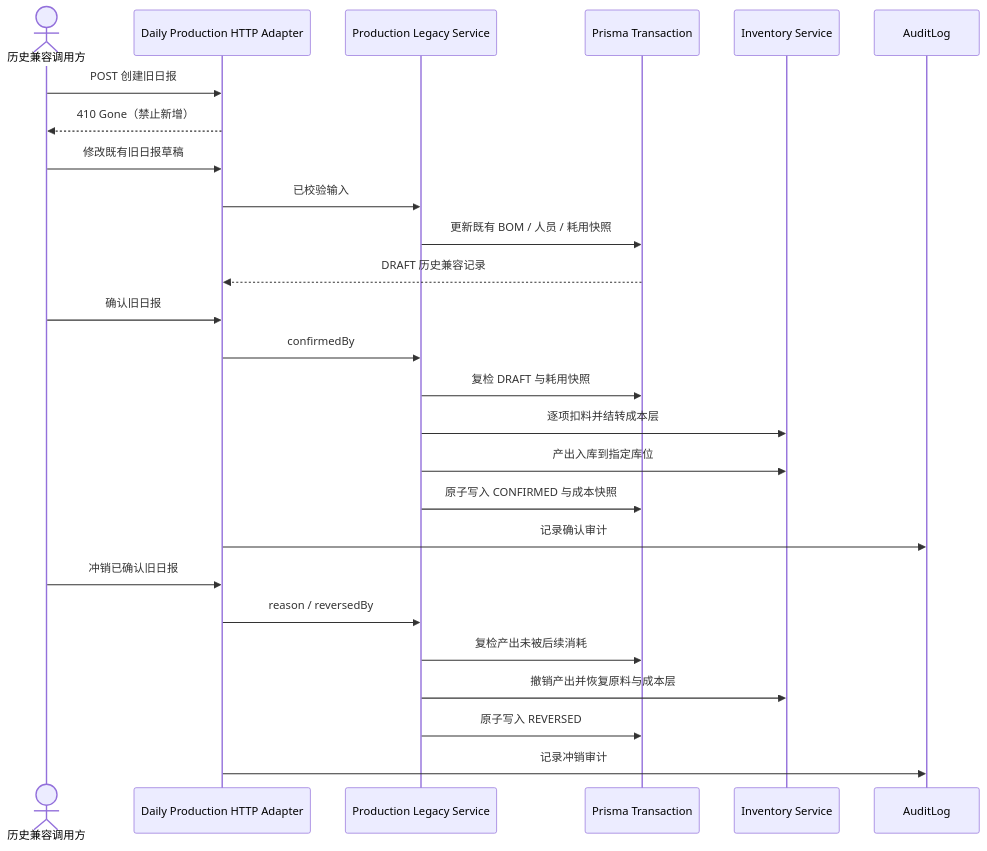
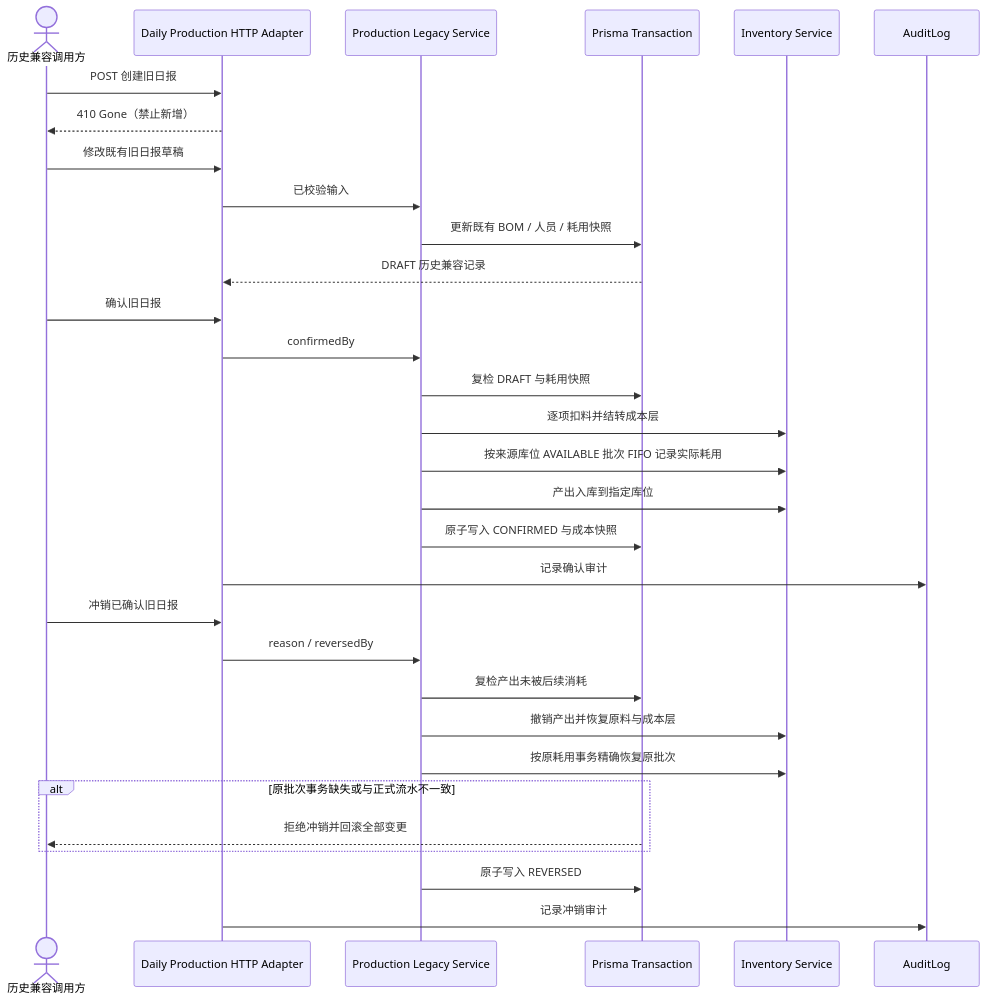
One commit to goldf2/mes-lite changed diagram 22 of 30 in docs/architecture/系统时序图.md. Above: the diagram before and after it, drawn with Mermaid. The commit also changed other lines of this file and 17 other files, not shown here.

````diff
--- a/docs/architecture/系统时序图.md
+++ b/docs/architecture/系统时序图.md
@@ -660,32 +660,37 @@
 ```mermaid
 sequenceDiagram
   actor H as 历史兼容调用方
   participant API as Daily Production HTTP Adapter
   participant S as Production Legacy Service
   participant DB as Prisma Transaction
   participant I as Inventory Service
   participant A as AuditLog
 
   H->>API: POST 创建旧日报
   API-->>H: 410 Gone（禁止新增）
 
   H->>API: 修改既有旧日报草稿
   API->>S: 已校验输入
   S->>DB: 更新既有 BOM / 人员 / 耗用快照
   DB-->>API: DRAFT 历史兼容记录
 
   H->>API: 确认旧日报
   API->>S: confirmedBy
   S->>DB: 复检 DRAFT 与耗用快照
   S->>I: 逐项扣料并结转成本层
+  S->>I: 按来源库位 AVAILABLE 批次 FIFO 记录实际耗用
   S->>I: 产出入库到指定库位
   S->>DB: 原子写入 CONFIRMED 与成本快照
   API->>A: 记录确认审计
 
   H->>API: 冲销已确认旧日报
   API->>S: reason / reversedBy
   S->>DB: 复检产出未被后续消耗
   S->>I: 撤销产出并恢复原料与成本层
+  S->>I: 按原耗用事务精确恢复原批次
+  alt 原批次事务缺失或与正式流水不一致
+    DB-->>H: 拒绝冲销并回滚全部变更
+  end
   S->>DB: 原子写入 REVERSED
   API->>A: 记录冲销审计
 ```
````
